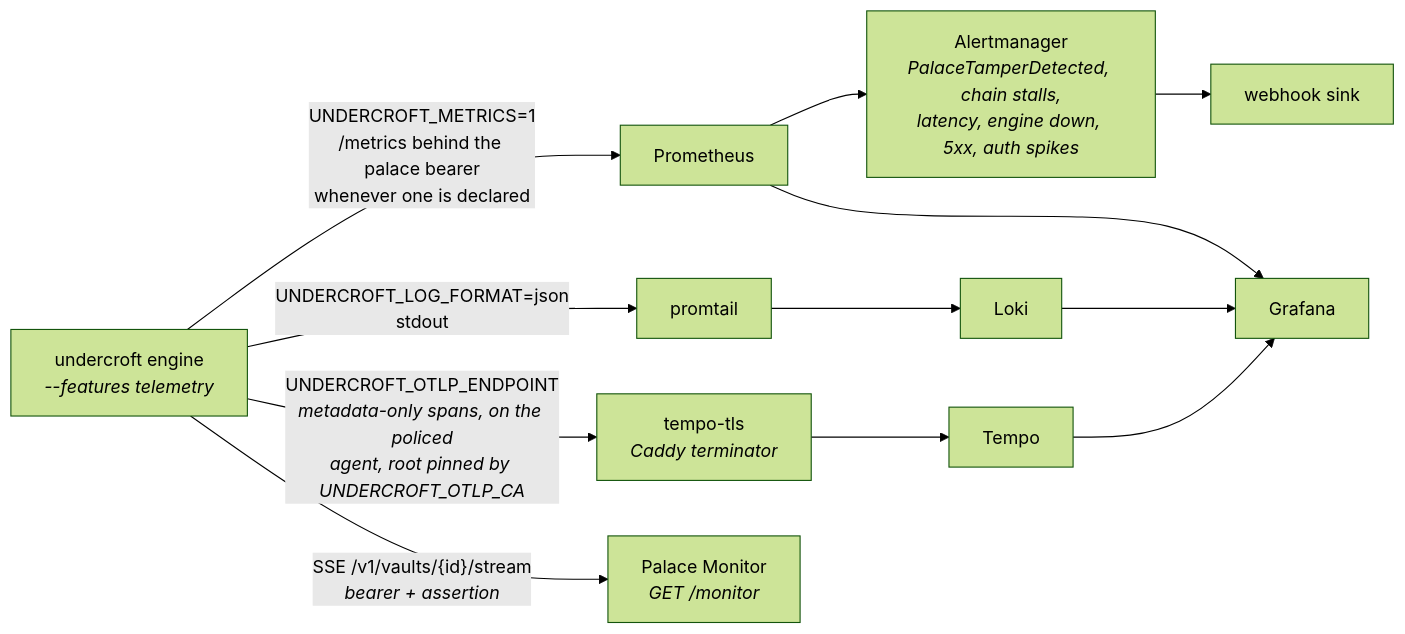
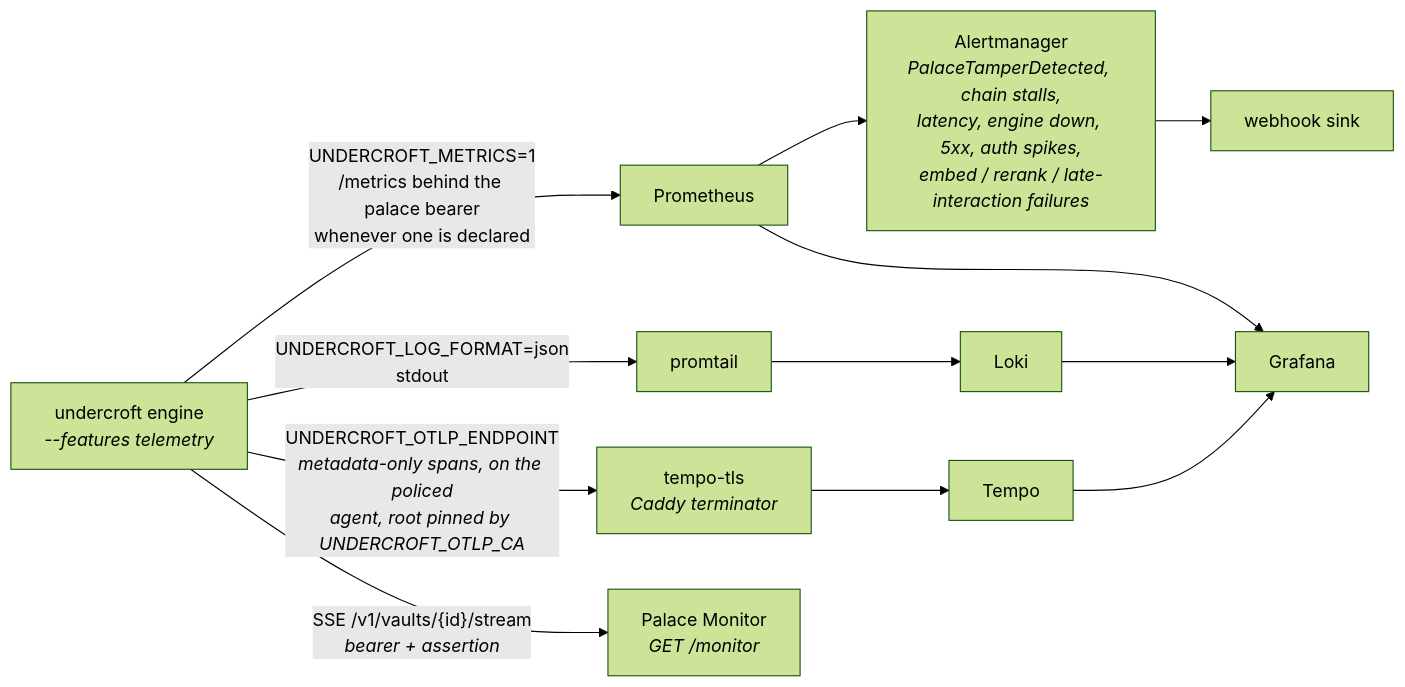
Before and after one commit to sealcroft/undercroft: the diagram in docs/diagrams/src/observability-pipeline.mmd, drawn with Mermaid (forest theme). The commit also changed 93 other files, not shown here.

```diff
--- a/docs/diagrams/src/observability-pipeline.mmd
+++ b/docs/diagrams/src/observability-pipeline.mmd
@@ -1,10 +1,10 @@
 flowchart LR
     e["undercroft engine<br/><i>--features telemetry</i>"]
     e -- "UNDERCROFT_METRICS=1<br/>/metrics behind the palace bearer<br/>whenever one is declared" --> prom["Prometheus"]
-    prom --> am["Alertmanager<br/><i>PalaceTamperDetected, chain stalls,<br/>latency, engine down, 5xx, auth spikes</i>"] --> hook["webhook sink"]
+    prom --> am["Alertmanager<br/><i>PalaceTamperDetected, chain stalls,<br/>latency, engine down, 5xx, auth spikes,<br/>embed / rerank / late-interaction failures</i>"] --> hook["webhook sink"]
     e -- "UNDERCROFT_LOG_FORMAT=json<br/>stdout" --> promtail["promtail"] --> loki["Loki"]
     e -- "UNDERCROFT_OTLP_ENDPOINT<br/><i>metadata-only spans, on the policed<br/>agent, root pinned by UNDERCROFT_OTLP_CA</i>" --> tls["tempo-tls<br/><i>Caddy terminator</i>"] --> tempo["Tempo"]
     e -- "SSE /v1/vaults/{id}/stream<br/><i>bearer + assertion</i>" --> monitor["Palace Monitor<br/><i>GET /monitor</i>"]
     prom --> graf["Grafana"]
     loki --> graf
     tempo --> graf
```
